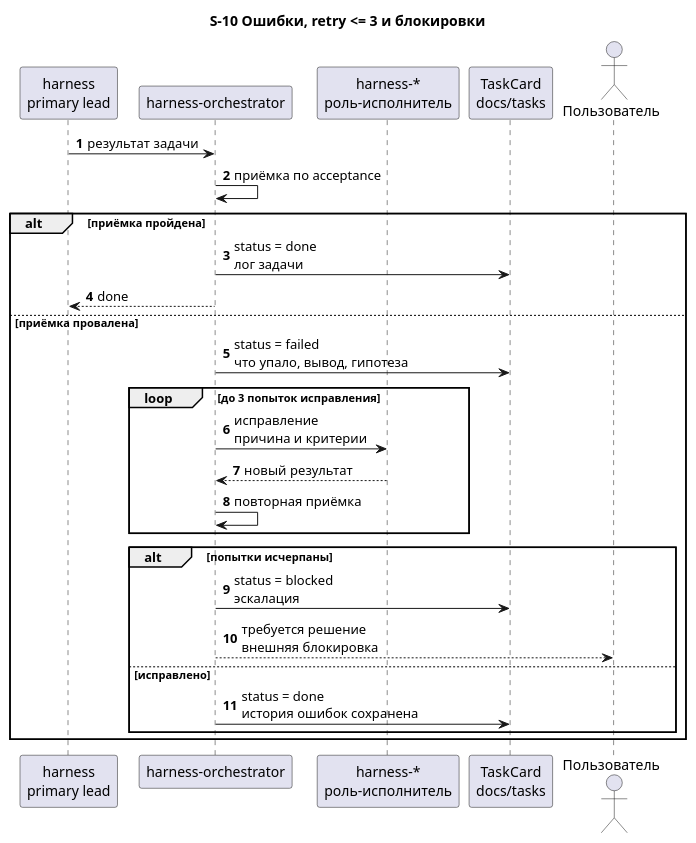
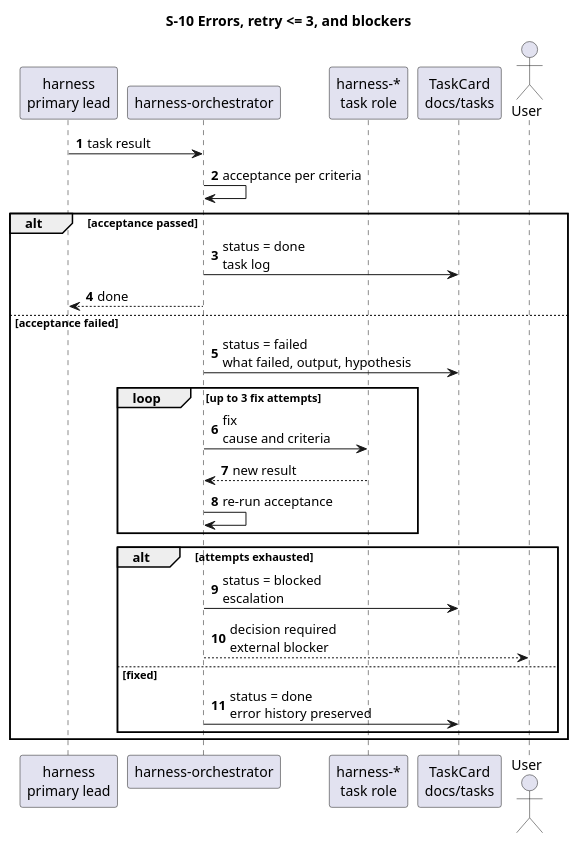
Before and after one commit to serge-sasov/harness: the diagram in docs/description/diagrams/seq-10-errors.puml, drawn with PlantUML. The commit also changed 62 other files, not shown here.

```diff
--- a/docs/description/diagrams/seq-10-errors.puml
+++ b/docs/description/diagrams/seq-10-errors.puml
@@ -1,31 +1,31 @@
 @startuml
 autonumber
 skinparam defaultFontName Segoe UI
-title S-10 Ошибки, retry <= 3 и блокировки
+title S-10 Errors, retry <= 3, and blockers
 
 participant "harness\nprimary lead" as primary
 participant "harness-orchestrator" as orch
-participant "harness-*\nроль-исполнитель" as role
+participant "harness-*\ntask role" as role
 participant "TaskCard\ndocs/tasks" as card
-actor "Пользователь" as user
+actor "User" as user
 
-primary -> orch : результат задачи
-orch -> orch : приёмка по acceptance
-alt приёмка пройдена
-  orch -> card : status = done\nлог задачи
+primary -> orch : task result
+orch -> orch : acceptance per criteria
+alt acceptance passed
+  orch -> card : status = done\ntask log
   orch --> primary : done
-else приёмка провалена
-  orch -> card : status = failed\nчто упало, вывод, гипотеза
-  loop до 3 попыток исправления
-    orch -> role : исправление\nпричина и критерии
-    role --> orch : новый результат
-    orch -> orch : повторная приёмка
+else acceptance failed
+  orch -> card : status = failed\nwhat failed, output, hypothesis
+  loop up to 3 fix attempts
+    orch -> role : fix\ncause and criteria
+    role --> orch : new result
+    orch -> orch : re-run acceptance
   end
-  alt попытки исчерпаны
-    orch -> card : status = blocked\nэскалация
-    orch --> user : требуется решение\nвнешняя блокировка
-  else исправлено
-    orch -> card : status = done\nистория ошибок сохранена
+  alt attempts exhausted
+    orch -> card : status = blocked\nescalation
+    orch --> user : decision required\nexternal blocker
+  else fixed
+    orch -> card : status = done\nerror history preserved
   end
 end
 @enduml
```
